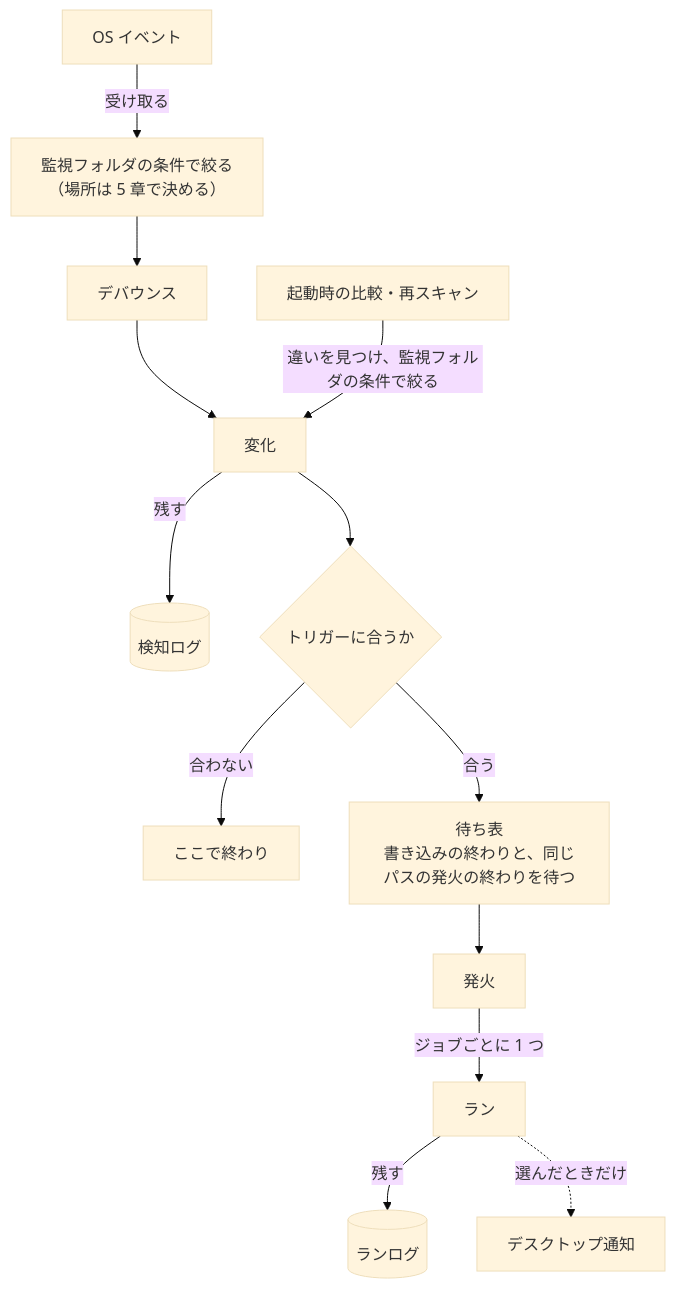
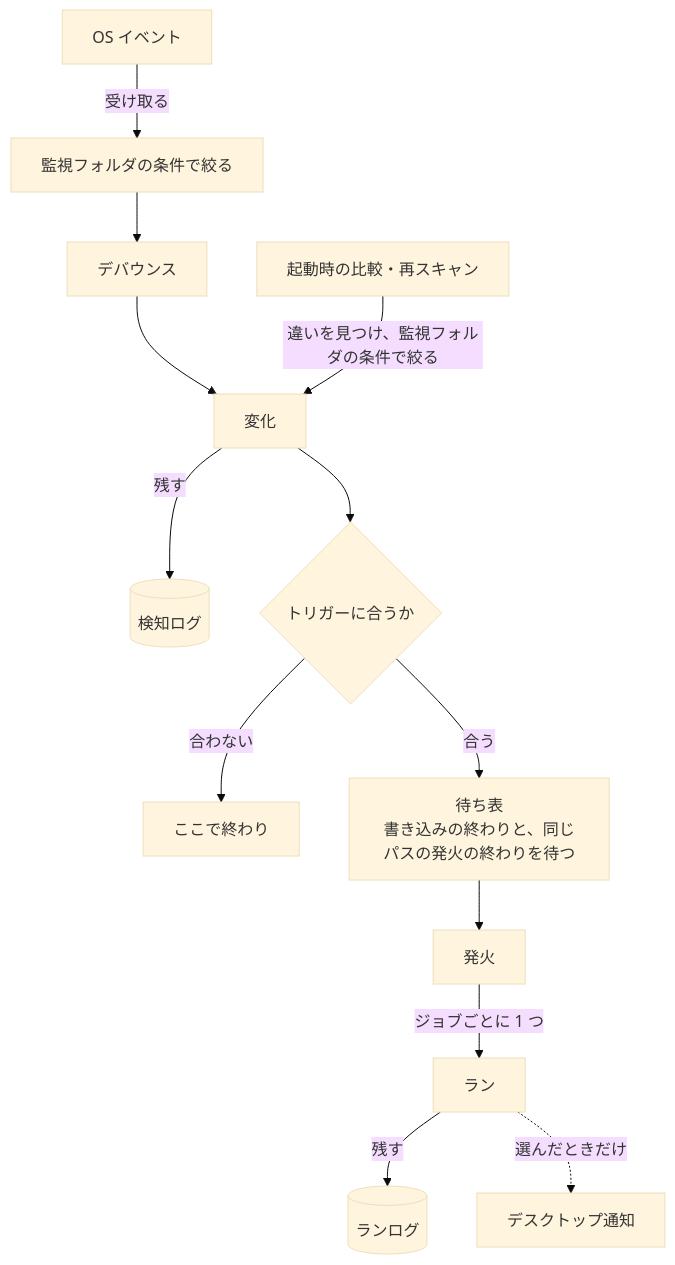
Before and after one commit to capypara20/Foxonar: the second of 4 diagrams in docs/design.ja.md, drawn with Mermaid (base theme). The commit also changed other lines of this file and 1 other file, not shown here.

````diff
--- a/docs/design.ja.md
+++ b/docs/design.ja.md
@@ -77,15 +77,15 @@
 ```mermaid
 flowchart TD
-  os["OS イベント"] -->|受け取る| narrow["監視フォルダの条件で絞る<br>（場所は 5 章で決める）"]
+  os["OS イベント"] -->|受け取る| narrow["監視フォルダの条件で絞る"]
   narrow --> deb["デバウンス"]
   deb --> change["変化"]
   scan["起動時の比較・再スキャン"] -->|違いを見つけ、監視フォルダの条件で絞る| change
   change -->|残す| dlog[("検知ログ")]
   change --> match{"トリガーに合うか"}
   match -->|合わない| stop["ここで終わり"]
   match -->|合う| pending["待ち表<br>書き込みの終わりと、同じパスの発火の終わりを待つ"]
   pending --> firing["発火"]
   firing -->|ジョブごとに 1 つ| run["ラン"]
   run -->|残す| rlog[("ランログ")]
   run -.->|選んだときだけ| toast["デスクトップ通知"]
 ```
````
